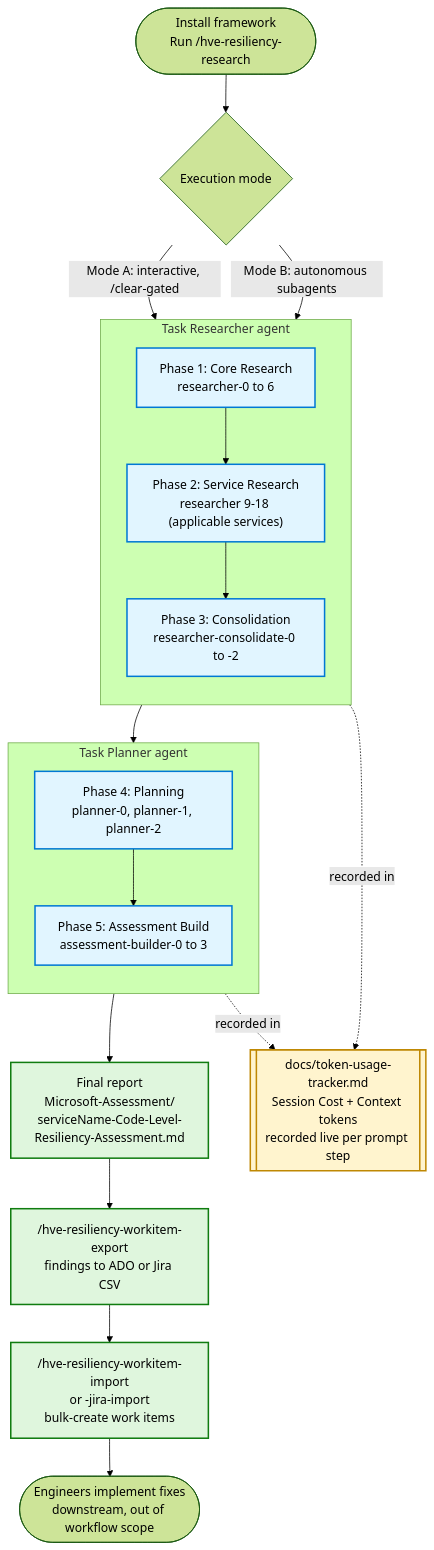
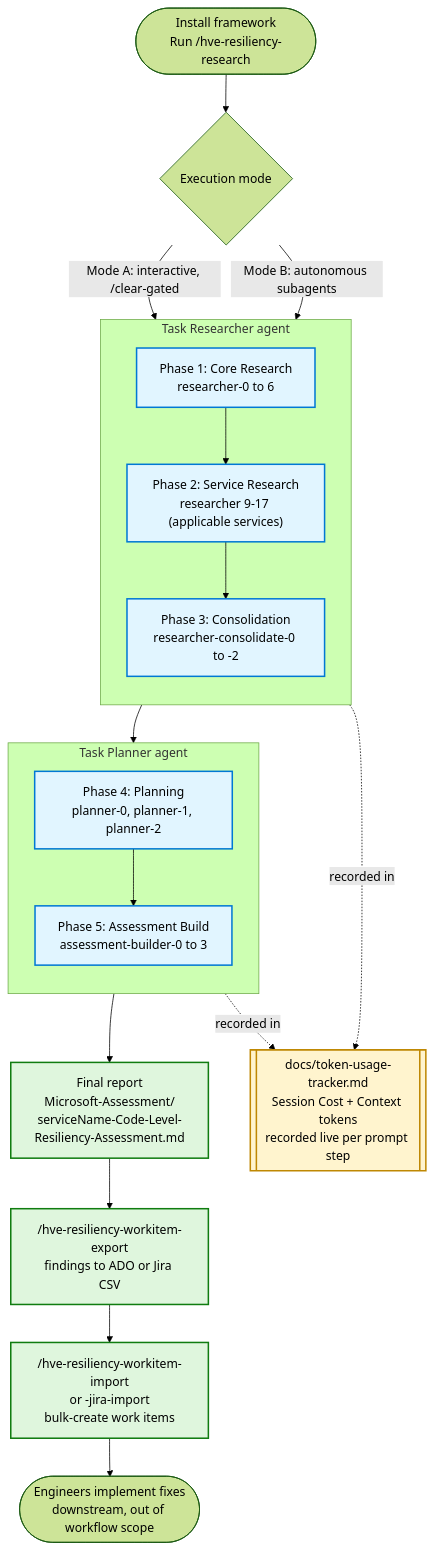
One commit to venkatramanagyambavantha-code/HVE-Resiliency changed the first of 2 diagrams in docs/telemetry-report-workflow.md. Above: the diagram before and after it, drawn with Mermaid (forest theme). The commit also changed 14 other files, not shown here.

````diff
--- a/docs/telemetry-report-workflow.md
+++ b/docs/telemetry-report-workflow.md
@@ -56,39 +56,39 @@
 ```mermaid
 flowchart TD
     START([Install framework<br/>Run /hve-resiliency-research]) --> MODE{Execution mode}
     MODE -- "Mode A: interactive, /clear-gated" --> P1
     MODE -- "Mode B: autonomous subagents" --> P1
 
     subgraph RESEARCH [Task Researcher agent]
         direction TB
         P1["Phase 1: Core Research<br/>researcher-0 to 6"]
-        P2["Phase 2: Service Research<br/>researcher 9-18 (applicable services)"]
+        P2["Phase 2: Service Research<br/>researcher 9-17 (applicable services)"]
         P3["Phase 3: Consolidation<br/>researcher-consolidate-0 to -2"]
         P1 --> P2 --> P3
     end
 
     subgraph PLAN [Task Planner agent]
         direction TB
         P4["Phase 4: Planning<br/>planner-0, planner-1, planner-2"]
         P5["Phase 5: Assessment Build<br/>assessment-builder-0 to 3"]
         P4 --> P5
     end
 
     P3 --> P4
     P5 --> REPORT["Final report<br/>Microsoft-Assessment/<br/>serviceName-Code-Level-Resiliency-Assessment.md"]
 
     REPORT --> EXPORT["/hve-resiliency-workitem-export<br/>findings to ADO or Jira CSV"]
     EXPORT --> IMPORT["/hve-resiliency-workitem-import<br/>or -jira-import<br/>bulk-create work items"]
     IMPORT --> REMEDIATE([Engineers implement fixes<br/>downstream, out of workflow scope])
 
     TRACK[["docs/token-usage-tracker.md<br/>Session Cost + Context tokens<br/>recorded live per prompt step"]]
     RESEARCH -.recorded in.-> TRACK
     PLAN -.recorded in.-> TRACK
 
     classDef phase fill:#e1f5ff,stroke:#0078d4,stroke-width:2px,color:#000
     classDef out fill:#dff6dd,stroke:#107c10,stroke-width:2px,color:#000
     classDef track fill:#fff4ce,stroke:#bf8803,stroke-width:2px,color:#000
     class P1,P2,P3,P4,P5 phase
     class REPORT,EXPORT,IMPORT out
     class TRACK track
 ```
````
